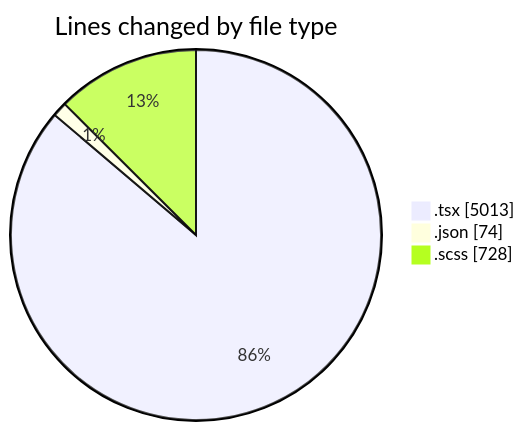
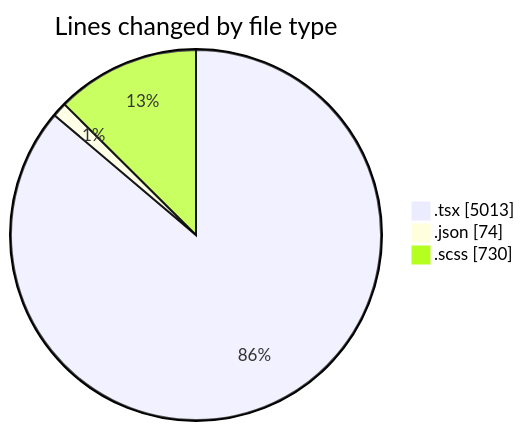
Before and after one commit to momahboobian/code-tracking: the first of 2 diagrams in 2025-04-08/cda/README.md, drawn with Mermaid. The commit also changed other lines of this file and 1 other file, not shown here.

````diff
--- a/2025-04-08/cda/README.md
+++ b/2025-04-08/cda/README.md
@@ -35,7 +35,7 @@
 ```mermaid
 pie showData
 title Lines changed by file type
 ".tsx" : 5013
 ".json" : 74
-".scss" : 728
+".scss" : 730
 ```
````
